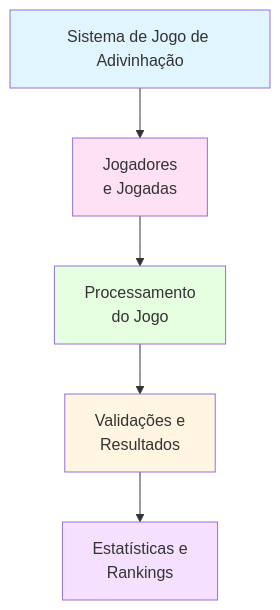
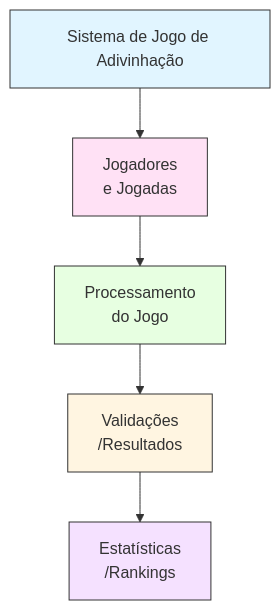
The diagram in README.md (lucashenriq02/projeto_04_sistema_jogo_adivinhacao), drawn with Mermaid before and after one commit. The commit also changed other lines of this file and 20 other files, not shown here.

````diff
--- a/README.md
+++ b/README.md
@@ -9,13 +25,13 @@
 ```mermaid
 graph TD
     A[Sistema de Jogo de Adivinhação] --> B[Jogadores<br/>e Jogadas]
     B --> C[Processamento<br/>do Jogo]
-    C --> D[Validações e<br/>Resultados]
-    D --> E[Estatísticas e<br/>Rankings]
-    
-    style A fill:#e1f5ff
-    style B fill:#ffe1f5
-    style C fill:#e7ffe1
-    style D fill:#fff5e1
-    style E fill:#f5e1ff
+    C --> D[Validações <br/>/Resultados]
+    D --> E[Estatísticas <br/>/Rankings]
+
+    style A fill:#e1f5ff,stroke:#333,stroke-width:1px
+    style B fill:#ffe1f5,stroke:#333,stroke-width:1px
+    style C fill:#e7ffe1,stroke:#333,stroke-width:1px
+    style D fill:#fff5e1,stroke:#333,stroke-width:1px
+    style E fill:#f5e1ff,stroke:#333,stroke-width:1px
 ```
````
